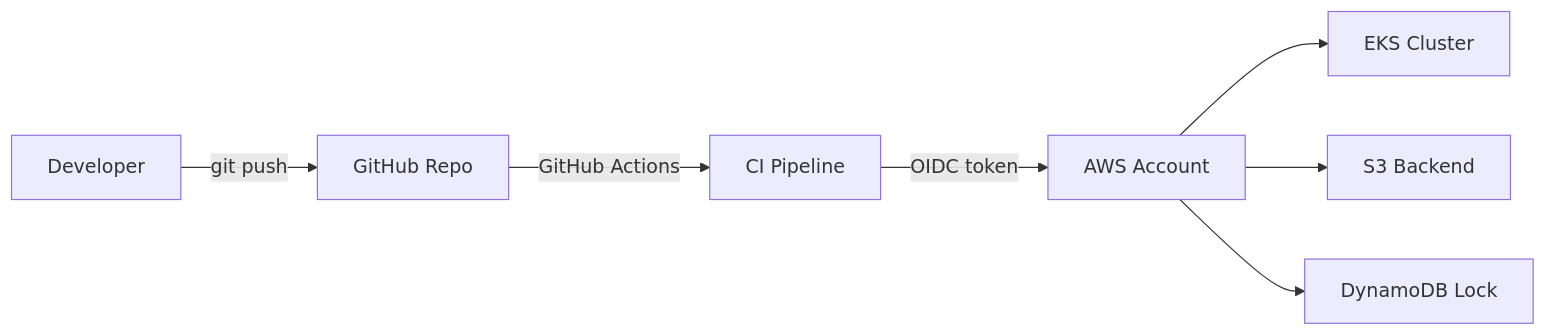
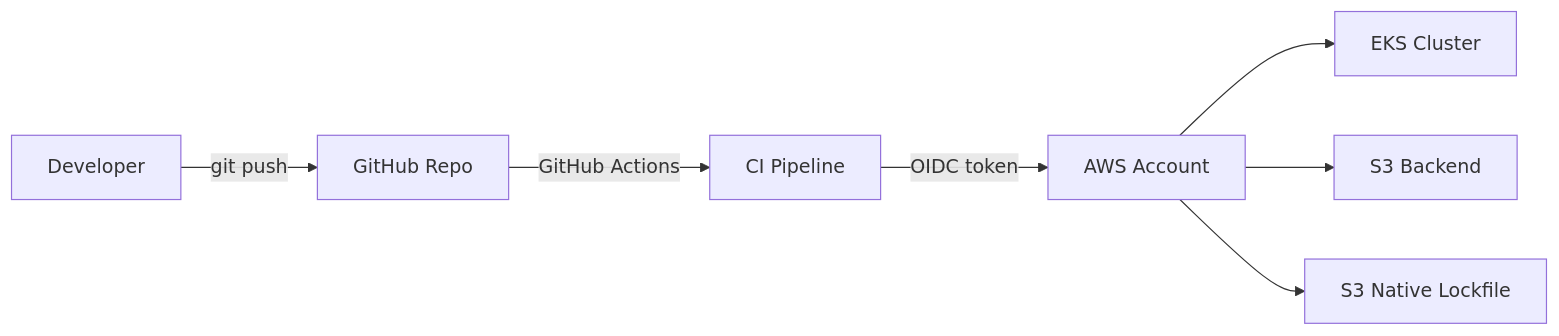
One commit to feezzn/infra changed the first of 2 diagrams in README.md. Above: the diagram before and after it, drawn with Mermaid. The commit also changed other lines of this file and 10 other files, not shown here.

````diff
--- a/README.md
+++ b/README.md
@@ -39,9 +39,9 @@
 ```mermaid
 flowchart LR
   Dev[Developer] -->|git push| GH[GitHub Repo]
   GH -->|GitHub Actions| GHA[CI Pipeline]
   GHA -->|OIDC token| AWS[AWS Account]
   AWS --> EKS[EKS Cluster]
   AWS --> S3[S3 Backend]
-  AWS --> DDB[DynamoDB Lock]
+  AWS --> S3Lock[S3 Native Lockfile]
 ```
````
